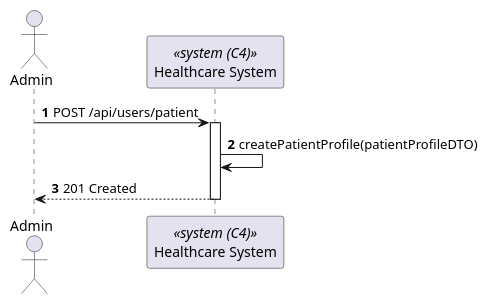
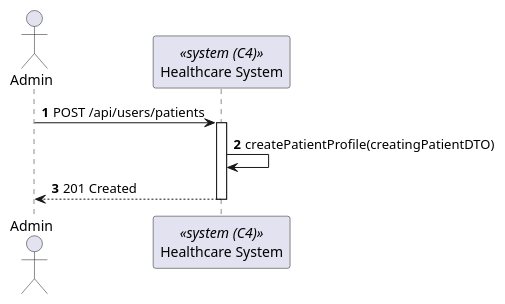
Before and after one commit to Lapr5G21/sem5pi-24-25-3ddg21: the diagram in docs/PatientProfileCreation/views/level2/process-view.puml, drawn with PlantUML. The commit also changed 26 other files, not shown here.

```diff
--- a/docs/PatientProfileCreation/views/level2/process-view.puml
+++ b/docs/PatientProfileCreation/views/level2/process-view.puml
@@ -1,14 +1,14 @@
-@startuml Patient Profile Creation (level 2)
+@startuml PatientProfileCreation(level2)
 
 autonumber
 actor Admin as "Admin"
 participant SYS as "Healthcare System" <<system (C4)>>
 
-Admin-> SYS : POST /api/users/patient
+Admin-> SYS : POST /api/users/patients
 activate SYS
 
-SYS -> SYS : createPatientProfile(patientProfileDTO)
+SYS -> SYS : createPatientProfile(creatingPatientDTO)
 SYS--> Admin : 201 Created
 deactivate SYS
 
 @enduml
```
